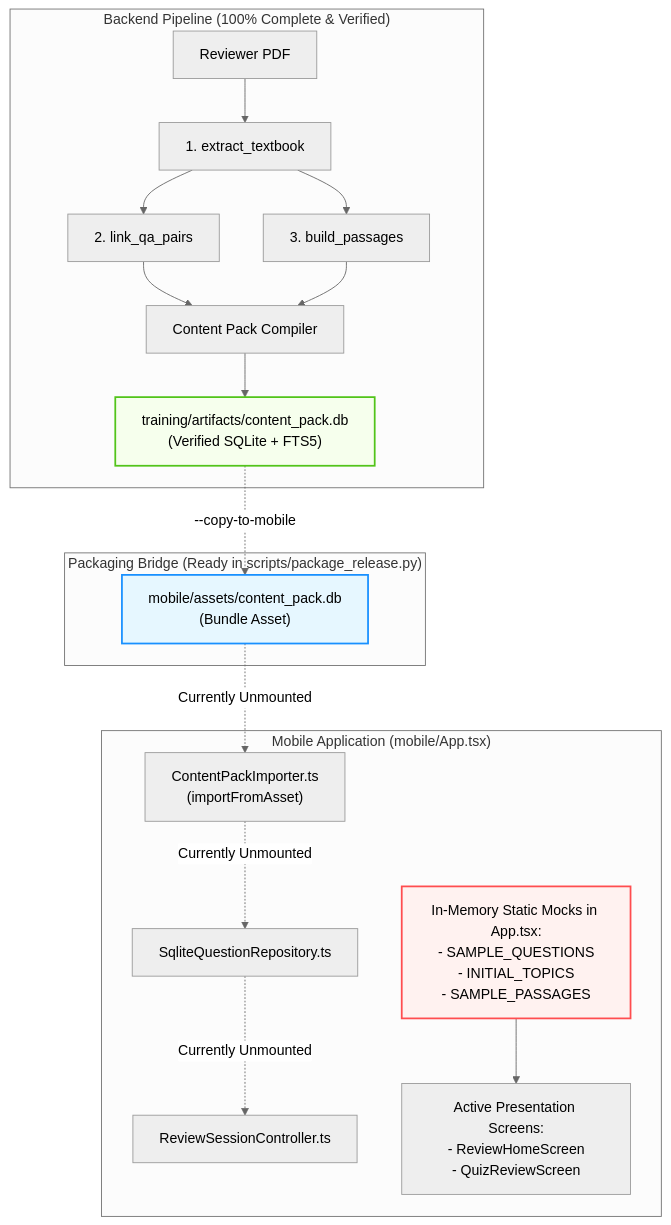
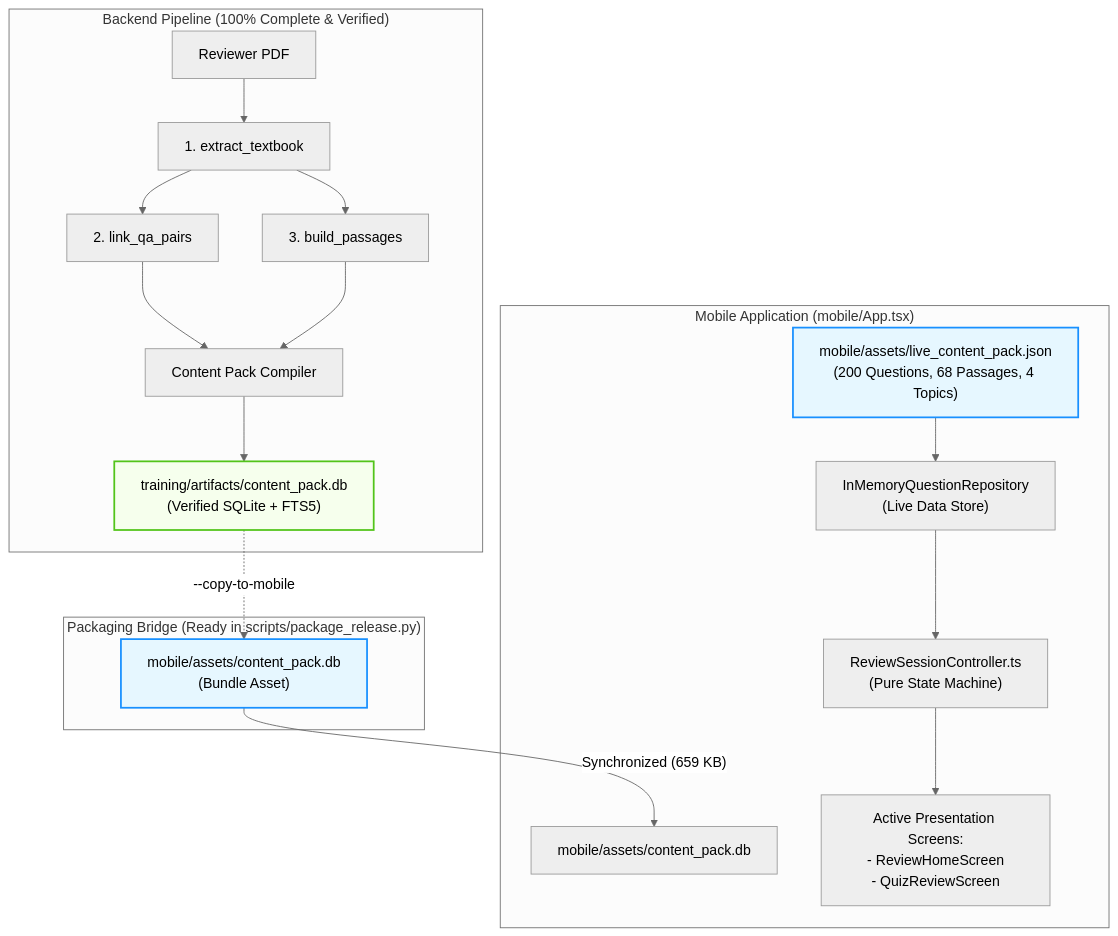
The fourth of 5 diagrams in docs/TRAINING_PIPELINE_DOCUMENTATION.md (RaymundGerardReyes/Mobile_RAG), drawn with Mermaid (neutral theme) before and after one commit. The commit also changed other lines of this file and 6 other files, not shown here.

````diff
--- a/docs/TRAINING_PIPELINE_DOCUMENTATION.md
+++ b/docs/TRAINING_PIPELINE_DOCUMENTATION.md
@@ -477,28 +477,26 @@
 ```mermaid
 flowchart TD
     subgraph BACKEND_TRAINING_PIPELINE ["Backend Pipeline (100% Complete & Verified)"]
         PDF[Reviewer PDF] --> S1[1. extract_textbook]
         S1 --> S2[2. link_qa_pairs]
         S1 --> S3[3. build_passages]
         S2 --> PACK[Content Pack Compiler]
         S3 --> PACK
         PACK --> CP_ARTIFACT["training/artifacts/content_pack.db\n(Verified SQLite + FTS5)"]
     end
 
     subgraph PACKAGING_BRIDGE ["Packaging Bridge (Ready in scripts/package_release.py)"]
         CP_ARTIFACT -.->|"--copy-to-mobile"| ASSET_CP["mobile/assets/content_pack.db\n(Bundle Asset)"]
     end
 
     subgraph MOBILE_APPLICATION ["Mobile Application (mobile/App.tsx)"]
-        ASSET_CP -.->|Currently Unmounted| IMPORTER["ContentPackImporter.ts\n(importFromAsset)"]
-        IMPORTER -.->|Currently Unmounted| SQLITE_REPO["SqliteQuestionRepository.ts"]
-        SQLITE_REPO -.->|Currently Unmounted| CTRL["ReviewSessionController.ts"]
-        
-        MOCK_STATE["In-Memory Static Mocks in App.tsx:\n- SAMPLE_QUESTIONS\n- INITIAL_TOPICS\n- SAMPLE_PASSAGES"]
-        MOCK_STATE --> LIVE_UI["Active Presentation Screens:\n- ReviewHomeScreen\n- QuizReviewScreen"]
+        ASSET_CP -->|"Synchronized (659 KB)"| MOBILE_DB["mobile/assets/content_pack.db"]
+        ASSET_JSON["mobile/assets/live_content_pack.json\n(200 Questions, 68 Passages, 4 Topics)"] --> LIVE_REPO["InMemoryQuestionRepository\n(Live Data Store)"]
+        LIVE_REPO --> CTRL["ReviewSessionController.ts\n(Pure State Machine)"]
+        CTRL --> LIVE_UI["Active Presentation Screens:\n- ReviewHomeScreen\n- QuizReviewScreen"]
     end
 
-    style MOCK_STATE fill:#fff2f0,stroke:#ff4d4f,stroke-width:2px;
     style CP_ARTIFACT fill:#f6ffed,stroke:#52c41a,stroke-width:2px;
     style ASSET_CP fill:#e6f7ff,stroke:#1890ff,stroke-width:2px;
+    style ASSET_JSON fill:#e6f7ff,stroke:#1890ff,stroke-width:2px;
 ```
````
